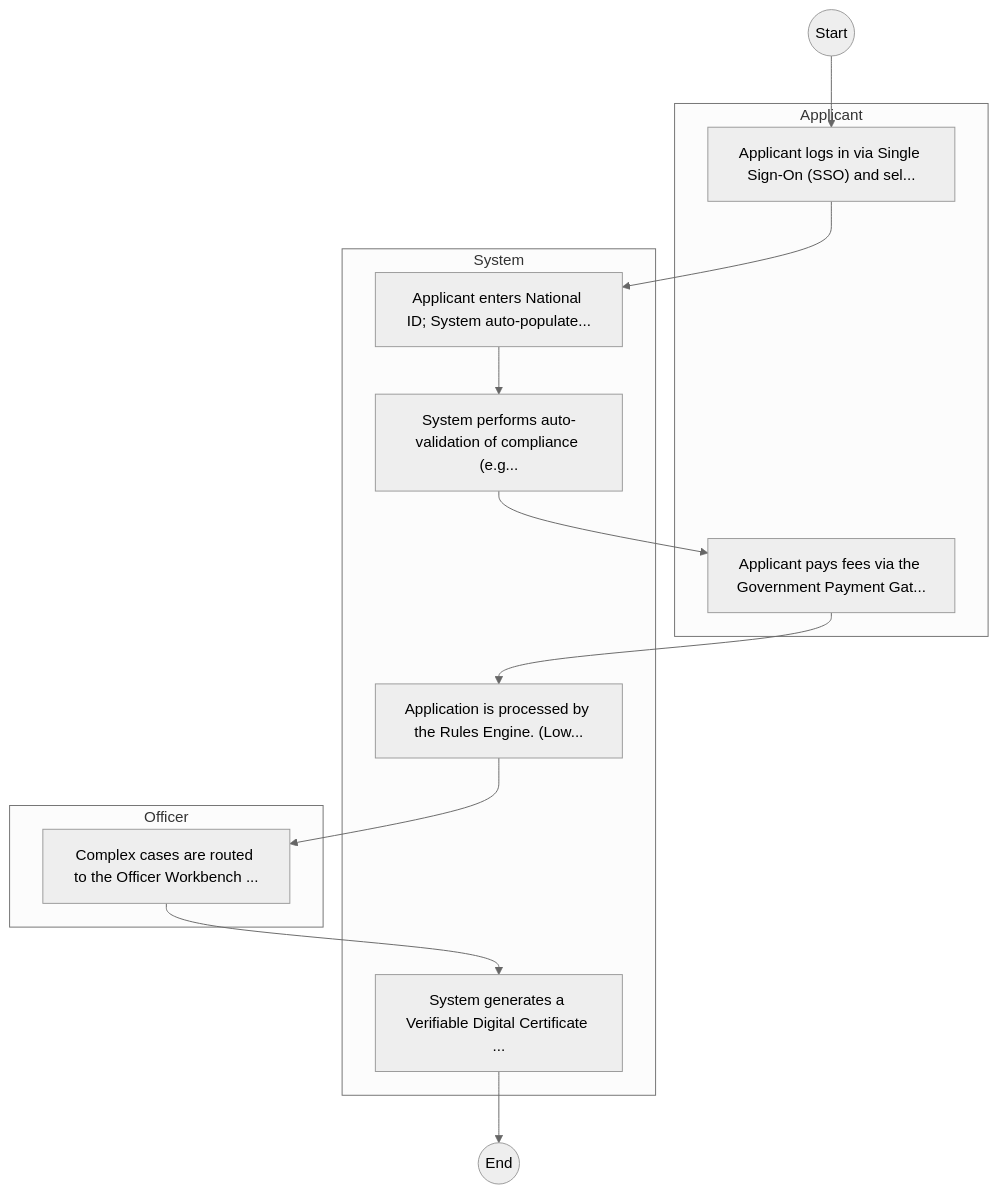
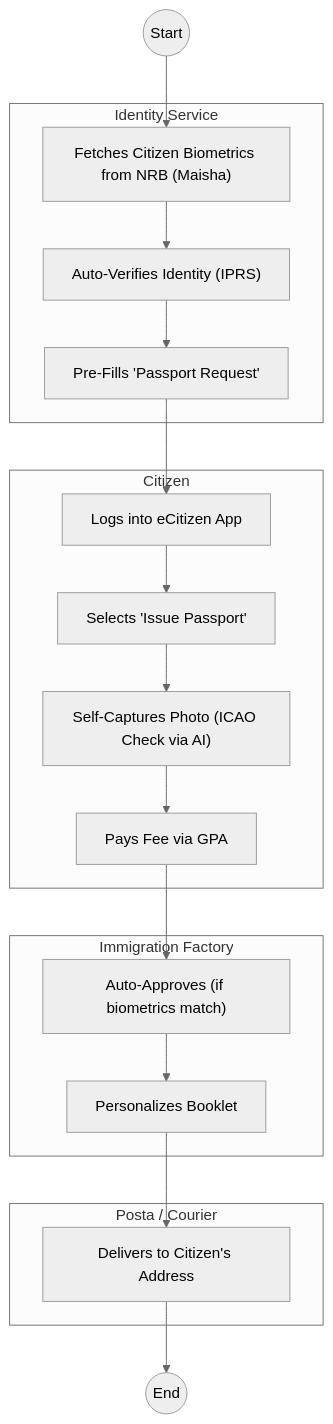
The second of 2 diagrams in mdas/docs_final/STATE_DEPARTMENT_FOR_IMMIGRATION_AND_CITIZEN_SERVICES___Passport_Application.md (BITZ-IT-Consulting-LTD/ictapoc), drawn with Mermaid (neutral theme) before and after one commit. The commit also changed other lines of this file and 60 other files, not shown here.

````diff
--- a/mdas/docs_final/STATE_DEPARTMENT_FOR_IMMIGRATION_AND_CITIZEN_SERVICES___Passport_Application.md
+++ b/mdas/docs_final/STATE_DEPARTMENT_FOR_IMMIGRATION_AND_CITIZEN_SERVICES___Passport_Application.md
@@ -110,24 +129,33 @@
 ```mermaid
 graph TD
     Start((Start)) --> S1
-    subgraph Applicant [Applicant]
-        S1["Applicant logs in via Single Sign-On (SSO) and sel..."]
-        S4["Applicant pays fees via the Government Payment Gat..."]
+    subgraph WoG_Platform [Identity Service]
+        S1["Fetches Citizen Biometrics from NRB (Maisha)"]
+        S2["Auto-Verifies Identity (IPRS)"]
+        S3["Pre-Fills 'Passport Request'"]
     end
-    subgraph System [System]
-        S2["Applicant enters National ID; System auto-populate..."]
-        S3["System performs auto-validation of compliance (e.g..."]
-        S5["Application is processed by the Rules Engine. (Low..."]
-        S7["System generates a Verifiable Digital Certificate ..."]
+    subgraph Applicant [Citizen]
+        S4["Logs into eCitizen App"]
+        S5["Selects 'Issue Passport'"]
+        S6["Self-Captures Photo (ICAO Check via AI)"]
+        S7["Pays Fee via GPA"]
     end
-    subgraph Officer [Officer]
-        S6["Complex cases are routed to the Officer Workbench ..."]
+    subgraph Production [Immigration Factory]
+        S8["Auto-Approves (if biometrics match)"]
+        S9["Personalizes Booklet"]
     end
+    subgraph Logistics [Posta / Courier]
+        S10["Delivers to Citizen's Address"]
+    end
+    
     S1 --> S2
     S2 --> S3
     S3 --> S4
     S4 --> S5
     S5 --> S6
     S6 --> S7
-    S7 --> End((End))
+    S7 --> S8
+    S8 --> S9
+    S9 --> S10
+    S10 --> End((End))
 ```
````
